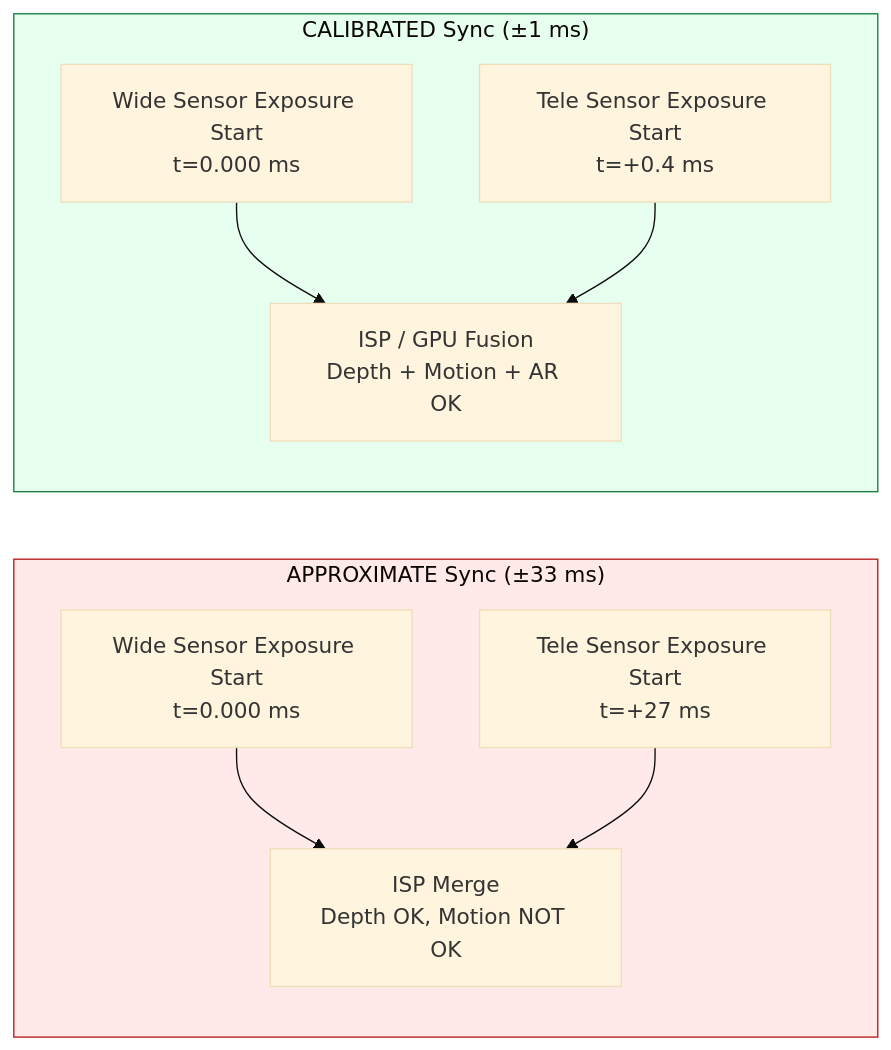
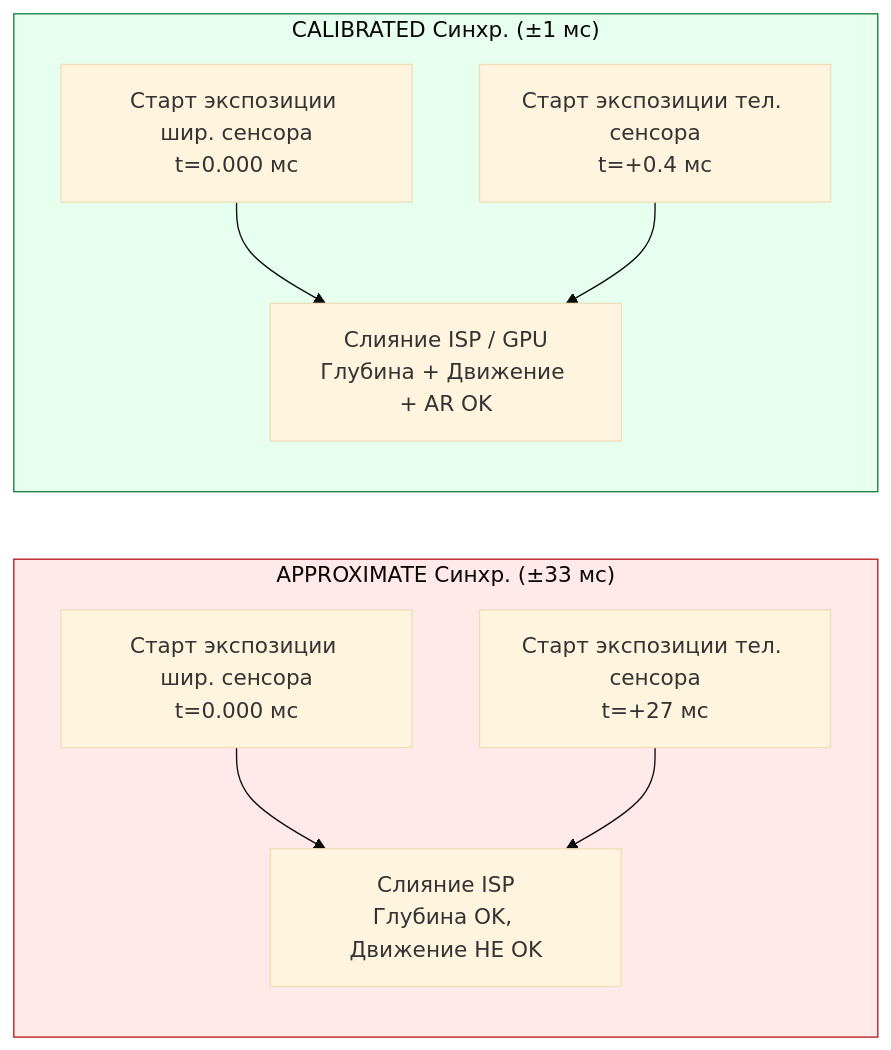
The second of 3 diagrams in website/i18n/ru/docusaurus-plugin-content-docs/current/camera2/multi-camera.md (zoozooll/AndroidCameraParameters), drawn with Mermaid (base theme) before and after one commit. The commit also changed other lines of this file and 378 other files, not shown here.

````diff
--- a/website/i18n/ru/docusaurus-plugin-content-docs/current/camera2/multi-camera.md
+++ b/website/i18n/ru/docusaurus-plugin-content-docs/current/camera2/multi-camera.md
@@ -69,14 +69,14 @@
 ```mermaid
 flowchart LR
-    subgraph APPROX["APPROXIMATE Sync (±33 ms)"]
-        A1[Wide Sensor Exposure Start\nt=0.000 ms] --> A2[ISP Merge\nDepth OK, Motion NOT OK]
-        A3[Tele Sensor Exposure Start\nt=+27 ms] --> A2
+    subgraph APPROX["APPROXIMATE Синхр. (±33 мс)"]
+        A1[Старт экспозиции шир. сенсора<br/>t=0.000 мс] --> A2[Слияние ISP<br/>Глубина OK, Движение НЕ OK]
+        A3[Старт экспозиции тел. сенсора<br/>t=+27 мс] --> A2
     end
-    subgraph CALIB["CALIBRATED Sync (±1 ms)"]
-        C1[Wide Sensor Exposure Start\nt=0.000 ms] --> C2[ISP / GPU Fusion\nDepth + Motion + AR OK]
-        C3[Tele Sensor Exposure Start\nt=+0.4 ms] --> C2
+    subgraph CALIB["CALIBRATED Синхр. (±1 мс)"]
+        C1[Старт экспозиции шир. сенсора<br/>t=0.000 мс] --> C2[Слияние ISP / GPU<br/>Глубина + Движение + AR OK]
+        C3[Старт экспозиции тел. сенсора<br/>t=+0.4 мс] --> C2
     end
 
     style APPROX fill:#ffe9e9,stroke:#b91c1c
     style CALIB fill:#e6ffef,stroke:#15803d
 ```
````
